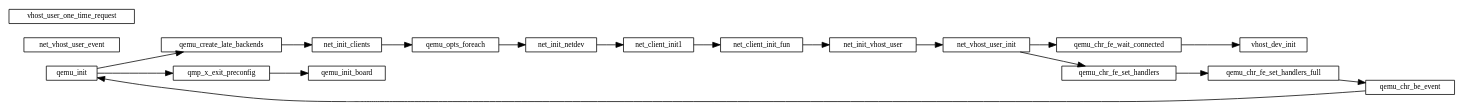
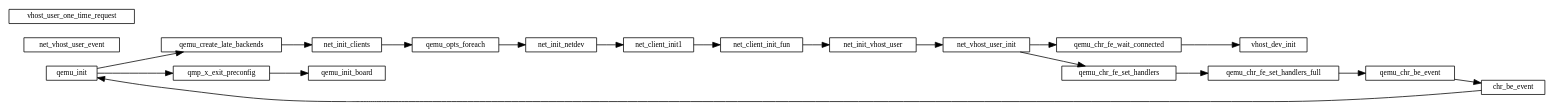
The diagram in qemu/qemu初始化.md (sisyphus1212/note), drawn with Graphviz before and after one commit.

Commit message:
auto_update

````diff
--- a/qemu/qemu初始化.md
+++ b/qemu/qemu初始化.md
@@ -11,34 +11,35 @@
 ```graphviz
 digraph {
     fontname="Helvetica,Arial,sans-serif"
     //node [fontname="Helvetica,Arial,sans-serif"]
     //edge [fontname="Helvetica,Arial,sans-serif"]
     rankdir="LR"
     node [fontsize=10, shape=record, height=0.25]
     edge [fontsize=10]
 
     qemu_init -> qemu_create_late_backends
               -> net_init_clients
               -> qemu_opts_foreach
               -> net_init_netdev
               -> net_client_init1
               -> net_client_init_fun
               -> net_init_vhost_user
               -> net_vhost_user_init
               -> qemu_chr_fe_wait_connected
               -> vhost_dev_init
     net_vhost_user_init -> qemu_chr_fe_set_handlers
                         -> qemu_chr_fe_set_handlers_full
                         -> qemu_chr_be_event
+                        -> chr_be_event
                         ->
 
 
     qemu_init -> qmp_x_exit_preconfig -> qemu_init_board // 初始化cpu 内存
 
     vhost_dev_init
 
     net_vhost_user_event
 
     vhost_user_one_time_request
 }
 ```
````
